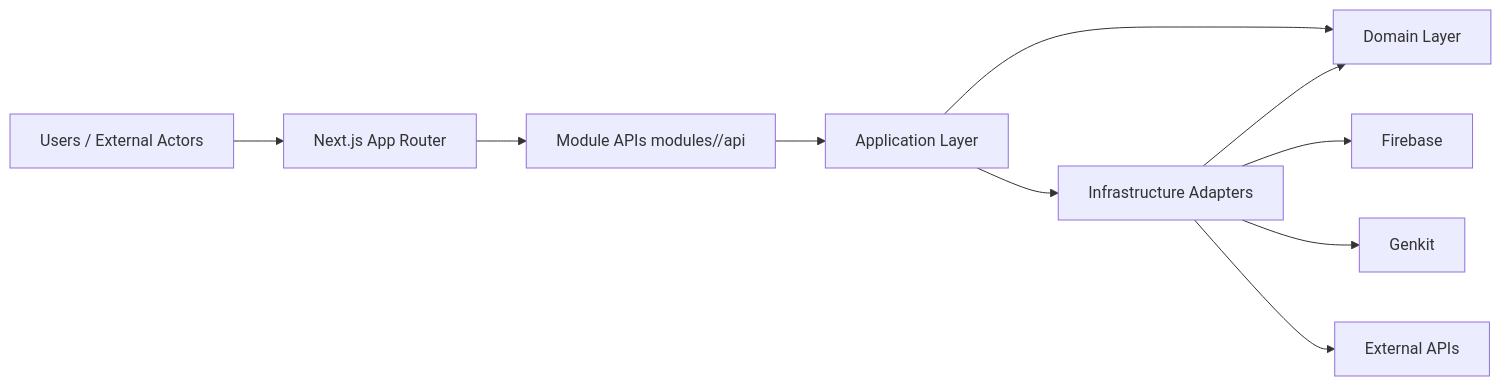
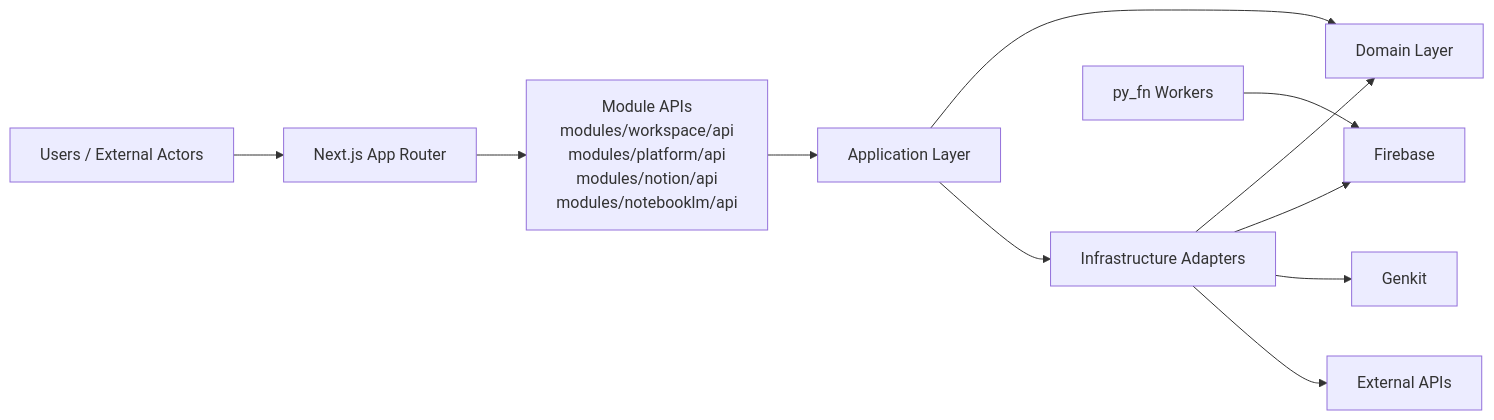
Before and after one commit to 122sp7/xuanwu-app: the diagram in docs/architecture-overview.md, drawn with Mermaid. The commit also changed other lines of this file and 9 other files, not shown here.

````diff
--- a/docs/architecture-overview.md
+++ b/docs/architecture-overview.md
@@ -5,12 +5,13 @@
 ```mermaid
 flowchart LR
   U[Users / External Actors] --> N[Next.js App Router]
-  N --> M[Module APIs modules/<context>/api]
+  N --> M[Module APIs\nmodules/workspace/api\nmodules/platform/api\nmodules/notion/api\nmodules/notebooklm/api]
   M --> A[Application Layer]
   A --> D[Domain Layer]
   I[Infrastructure Adapters] --> D
   A --> I
   I --> F[Firebase]
   I --> G[Genkit]
   I --> X[External APIs]
+  PY[py_fn Workers] --> F
 ```
````
